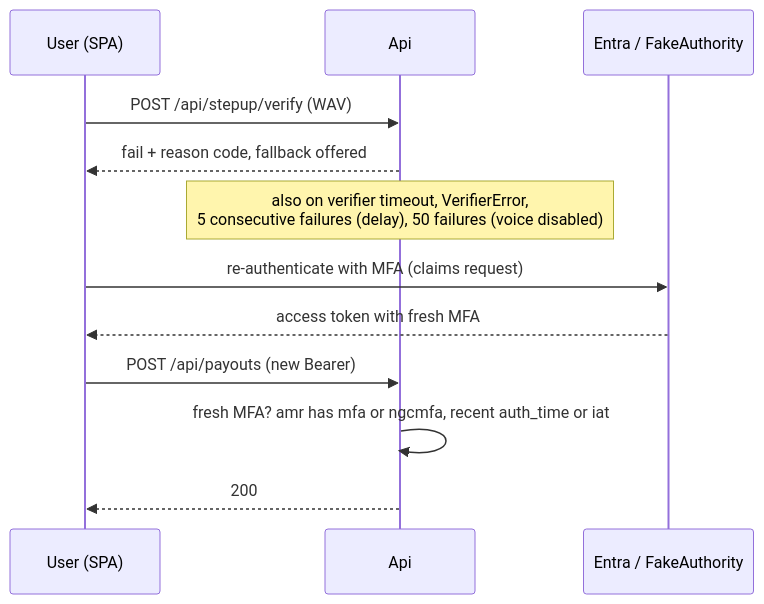
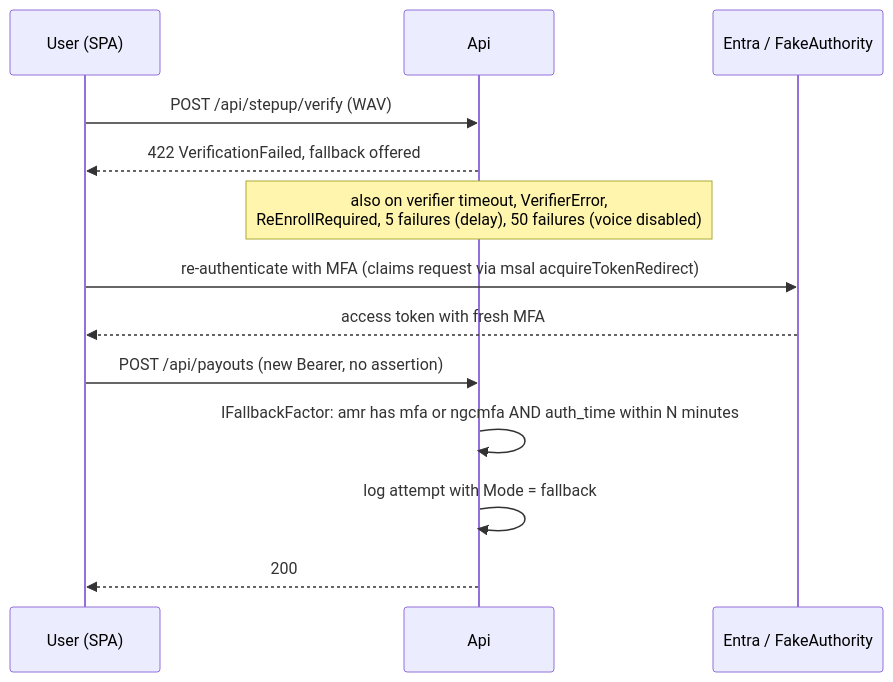
One commit to alfredorevilla/voice-step-up changed the fourth of 6 diagrams in docs/architecture.md. Above: the diagram before and after it, drawn with Mermaid. The commit also changed other lines of this file and 8 other files, not shown here.

Commit message:
docs: apply M1 review to architecture and ADRs, set T1.6 statuses

````diff
--- a/docs/architecture.md
+++ b/docs/architecture.md
@@ -98,14 +106,15 @@
 ```mermaid
 sequenceDiagram
   participant U as User (SPA)
   participant A as Api
   participant E as Entra / FakeAuthority
   U->>A: POST /api/stepup/verify (WAV)
-  A-->>U: fail + reason code, fallback offered
-  Note over A: also on verifier timeout, VerifierError,<br/>5 consecutive failures (delay), 50 failures (voice disabled)
-  U->>E: re-authenticate with MFA (claims request)
+  A-->>U: 422 VerificationFailed, fallback offered
+  Note over A: also on verifier timeout, VerifierError,<br/>ReEnrollRequired, 5 failures (delay), 50 failures (voice disabled)
+  U->>E: re-authenticate with MFA (claims request via msal acquireTokenRedirect)
   E-->>U: access token with fresh MFA
-  U->>A: POST /api/payouts (new Bearer)
-  A->>A: fresh MFA? amr has mfa or ngcmfa, recent auth_time or iat
+  U->>A: POST /api/payouts (new Bearer, no assertion)
+  A->>A: IFallbackFactor: amr has mfa or ngcmfa AND auth_time within N minutes
+  A->>A: log attempt with Mode = fallback
   A-->>U: 200
 ```
````
